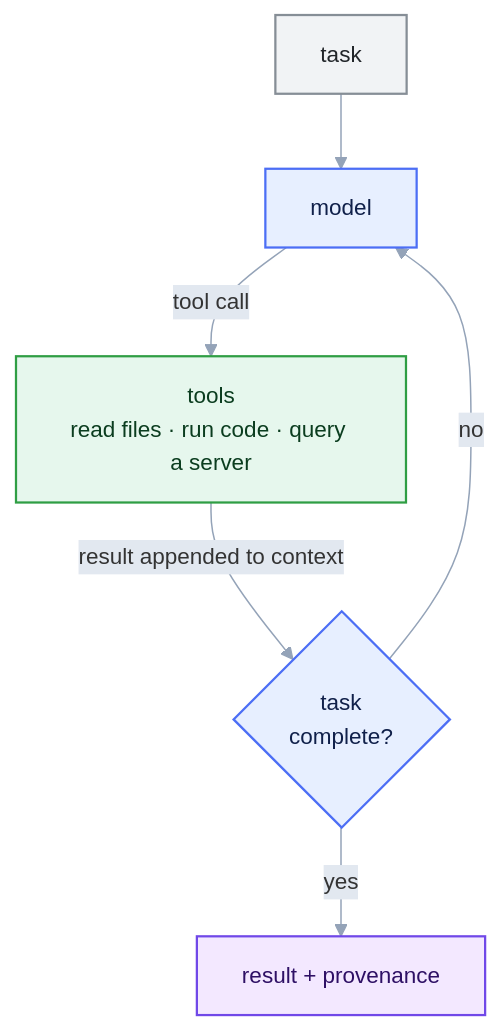
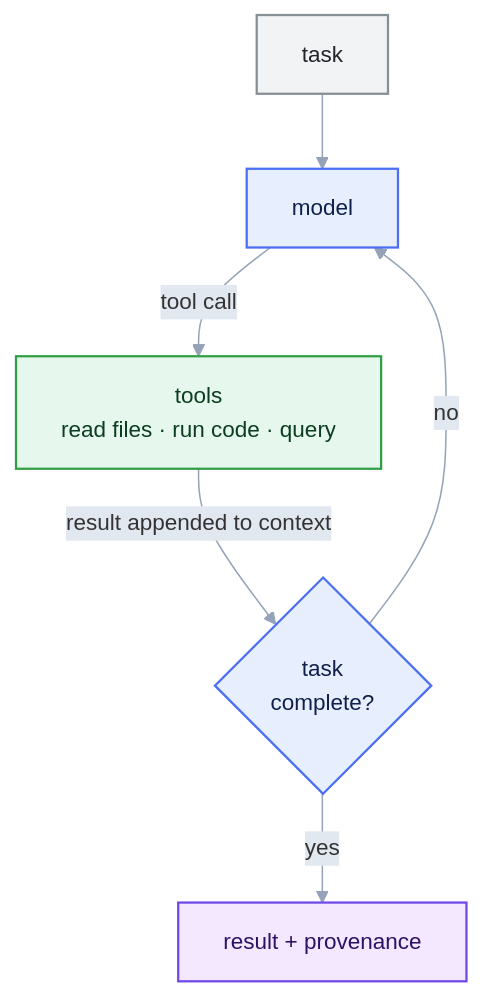
The first of 4 diagrams in episodes/01-why-genai-for-physics.md (eic/tutorial-mcp), drawn with Mermaid before and after one commit. The commit also changed other lines of this file, not shown here.

````diff
--- a/episodes/01-why-genai-for-physics.md
+++ b/episodes/01-why-genai-for-physics.md
@@ -105,15 +103,15 @@
 ```mermaid
 %%{init: {'theme':'base', 'themeVariables': {'fontSize':'15px','lineColor':'#94a3b8','edgeLabelBackground':'#e2e8f0','clusterBkg':'#1f293720','clusterBorder':'#94a3b8','titleColor':'#94a3b8'}}}%%
 flowchart TD
     accTitle: {Level 1 the agent loop}
     accDescr: {Level 1 the agent loop}
     Q["task"]:::user --> M["model"]:::core
-    M -->|"tool call"| T["tools<br/>read files · run code · query a server"]:::tool
+    M -->|"tool call"| T["tools<br/>read files · run code · query "]:::tool
     T -->|"result appended to context"| D{"task<br/>complete?"}:::core
     D -->|"no"| M
     D -->|"yes"| R["result + provenance"]:::out
     classDef core fill:#e7efff,stroke:#4c6ef5,stroke-width:1.5px,color:#10204a;
     classDef tool fill:#e6f7ed,stroke:#2f9e44,stroke-width:1.5px,color:#0b3d1f;
     classDef out fill:#f3e8ff,stroke:#7048e8,stroke-width:1.5px,color:#2e1065;
     classDef user fill:#f1f3f5,stroke:#868e96,stroke-width:1.5px,color:#212529;
 ```
````
